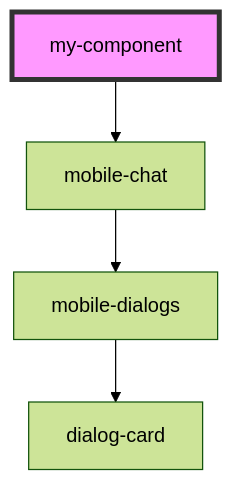
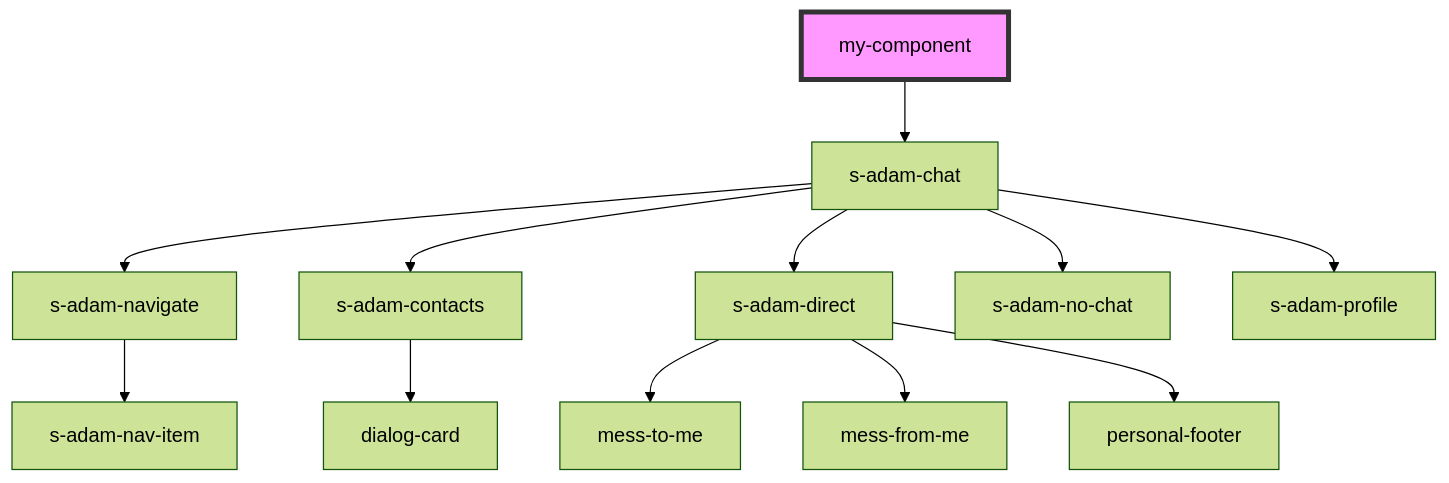
One commit to saqhan/stencil-chat changed the diagram in src/components/my-component/readme.md. Above: the diagram before and after it, drawn with Mermaid (forest theme). The commit also changed other lines of this file and 5 other files, not shown here.

````diff
--- a/src/components/my-component/readme.md
+++ b/src/components/my-component/readme.md
@@ -13,7 +13,15 @@
 ```mermaid
 graph TD;
-  my-component --> mobile-chat
-  mobile-chat --> mobile-dialogs
-  mobile-dialogs --> dialog-card
+  my-component --> s-adam-chat
+  s-adam-chat --> s-adam-navigate
+  s-adam-chat --> s-adam-contacts
+  s-adam-chat --> s-adam-direct
+  s-adam-chat --> s-adam-no-chat
+  s-adam-chat --> s-adam-profile
+  s-adam-navigate --> s-adam-nav-item
+  s-adam-contacts --> dialog-card
+  s-adam-direct --> mess-to-me
+  s-adam-direct --> mess-from-me
+  s-adam-direct --> personal-footer
   style my-component fill:#f9f,stroke:#333,stroke-width:4px
 ```
````
